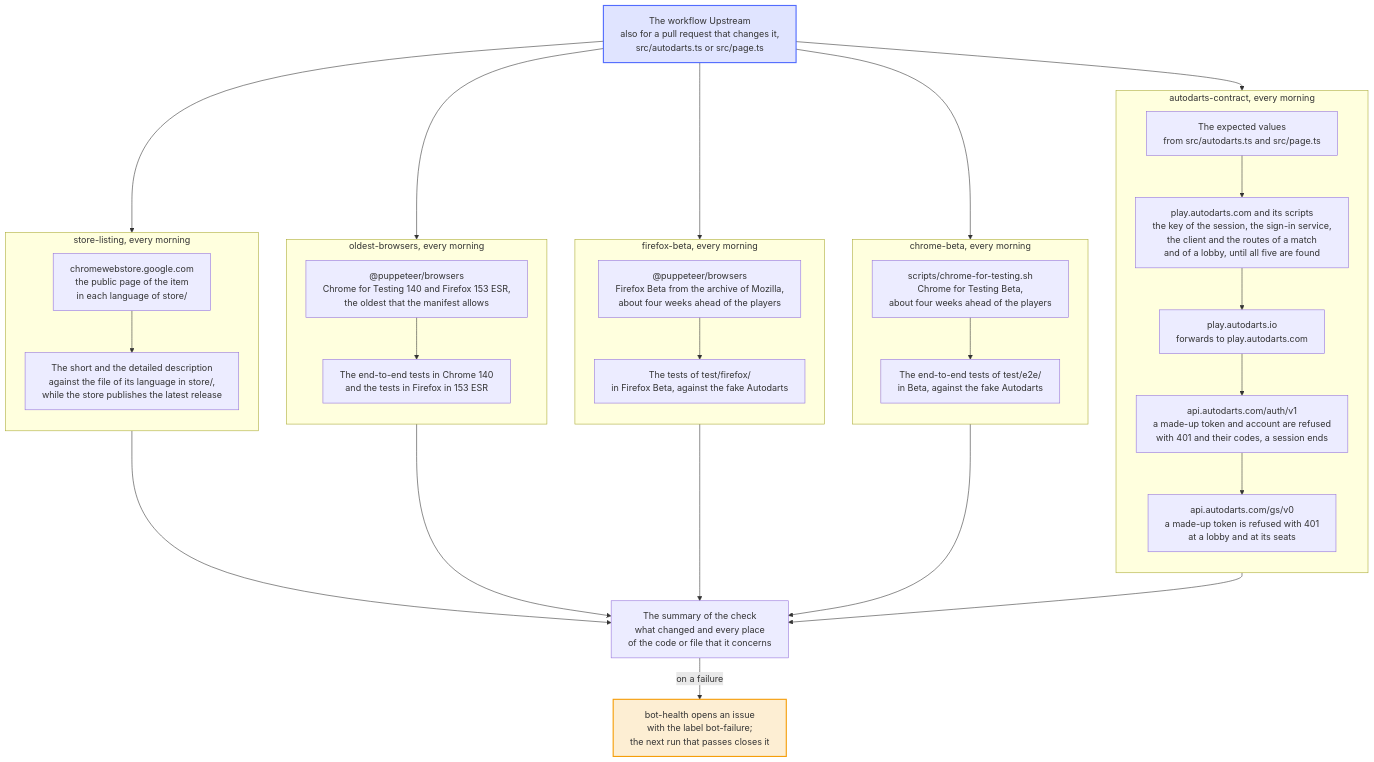
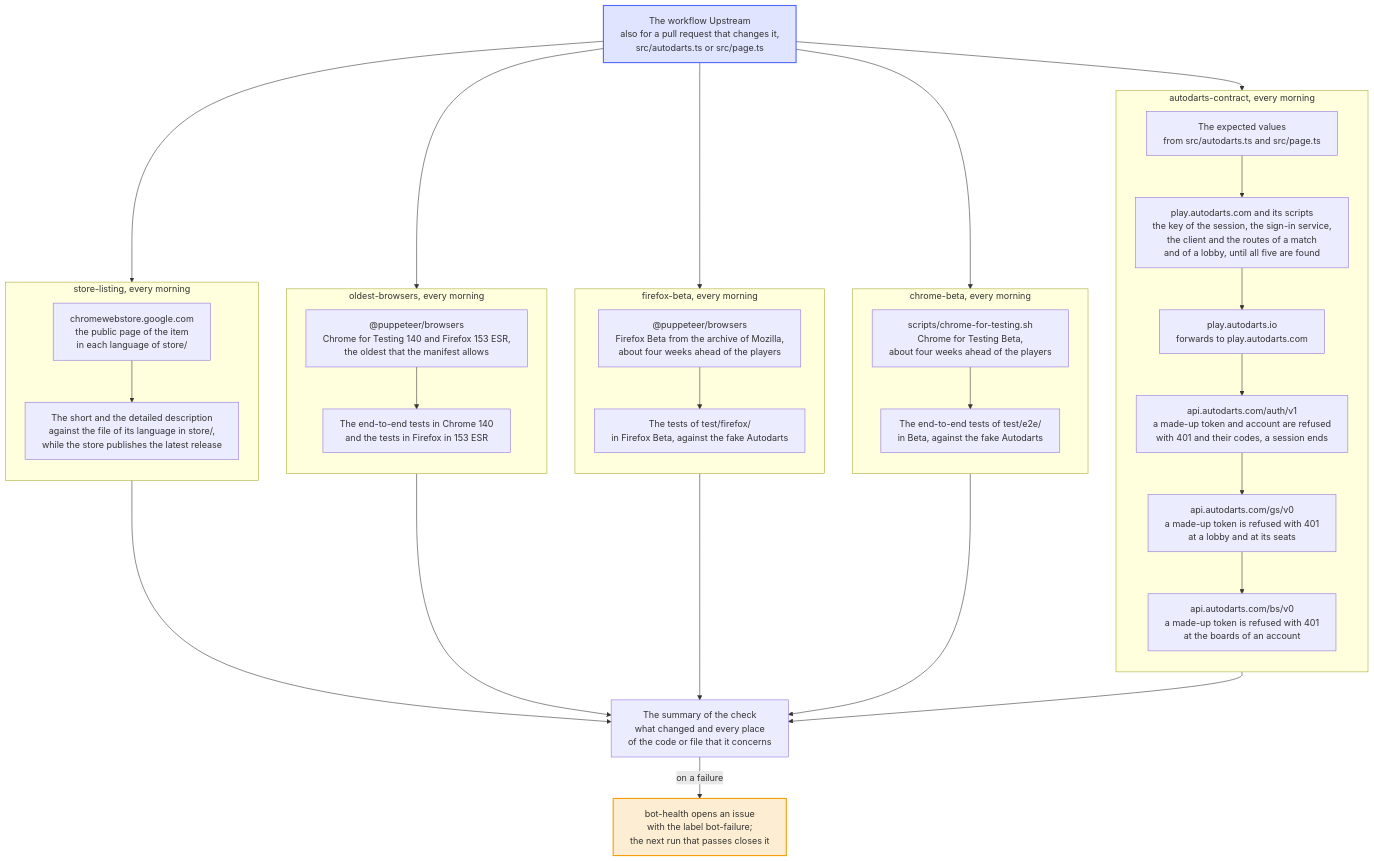
Before and after one commit to Dennis-Otto/player-switch-for-autodarts: the diagram in docs/diagrams/how-the-upstream-checks-work.mmd, drawn with Mermaid. The commit also changed 63 other files, not shown here.

First line of the commit message:
feat: a tile says No board shared where the owner's answer proves it (#279)

```diff
--- a/docs/diagrams/how-the-upstream-checks-work.mmd
+++ b/docs/diagrams/how-the-upstream-checks-work.mmd
@@ -1,72 +1,74 @@
 ---
 config:
   flowchart:
     wrappingWidth: 400
 ---
 flowchart TB
     accTitle: How the upstream checks work
-    accDescr: The workflow Upstream runs five checks of what the extension relies on but doesn't control, and of the browsers that it runs in. Every morning, autodarts-contract takes the expected values from src/autodarts.ts and src/page.ts and asks the real Autodarts with made-up data only, about a dozen requests: it looks for the key of the session, the sign-in service, the client and the scripts of the routes of a match and of a lobby in the code of play.autodarts.com, its page first and then script by script until it has found all five, follows the forward of play.autodarts.io, sends a made-up token, a made-up account and the end of a made-up session to the sign-in service, and a made-up token to a made-up lobby and its seats at the game service, through the functions of the extension. Every morning as well, chrome-beta downloads Chrome for Testing Beta, the next version of Chrome, and runs the end-to-end tests in it against the fake Autodarts. Every morning as well, firefox-beta downloads Firefox Beta, the next version of Firefox, from the archive of Mozilla and runs the tests of test/firefox/ in it. Every morning as well, oldest-browsers downloads Chrome for Testing 140 and Firefox 153 ESR, the oldest versions that the manifest allows, and runs the end-to-end tests and the tests in Firefox in them. Every morning as well, store-listing reads the public page of the Chrome Web Store in each language of store/ and compares its short and detailed description with the file. When one fails, its summary names what changed and where the code relies on it, and the bot-health bot opens an issue with the label bot-failure, which the next run that passes closes.
+    accDescr: The workflow Upstream runs five checks of what the extension relies on but doesn't control, and of the browsers that it runs in. Every morning, autodarts-contract takes the expected values from src/autodarts.ts and src/page.ts and asks the real Autodarts with made-up data only, about a dozen requests: it looks for the key of the session, the sign-in service, the client and the scripts of the routes of a match and of a lobby in the code of play.autodarts.com, its page first and then script by script until it has found all five, follows the forward of play.autodarts.io, sends a made-up token, a made-up account and the end of a made-up session to the sign-in service, a made-up token to a made-up lobby and its seats at the game service, and a made-up token to the board service, through the functions of the extension. Every morning as well, chrome-beta downloads Chrome for Testing Beta, the next version of Chrome, and runs the end-to-end tests in it against the fake Autodarts. Every morning as well, firefox-beta downloads Firefox Beta, the next version of Firefox, from the archive of Mozilla and runs the tests of test/firefox/ in it. Every morning as well, oldest-browsers downloads Chrome for Testing 140 and Firefox 153 ESR, the oldest versions that the manifest allows, and runs the end-to-end tests and the tests in Firefox in them. Every morning as well, store-listing reads the public page of the Chrome Web Store in each language of store/ and compares its short and detailed description with the file. When one fails, its summary names what changed and where the code relies on it, and the bot-health bot opens an issue with the label bot-failure, which the next run that passes closes.
 
     workflow["The workflow Upstream<br>also for a pull request that changes it,<br>src/autodarts.ts or src/page.ts"]
 
     subgraph daily ["autodarts-contract, every morning"]
         direction TB
         values["The expected values<br>from src/autodarts.ts and src/page.ts"]
         page["play.autodarts.com and its scripts<br>the key of the session, the sign-in service,<br>the client and the routes of a match<br>and of a lobby, until all five are found"]
         forward["play.autodarts.io<br>forwards to play.autodarts.com"]
         auth["api.autodarts.com/auth/v1<br>a made-up token and account are refused<br>with 401 and their codes, a session ends"]
         game["api.autodarts.com/gs/v0<br>a made-up token is refused with 401<br>at a lobby and at its seats"]
+        boards["api.autodarts.com/bs/v0<br>a made-up token is refused with 401<br>at the boards of an account"]
         values --> page
         page --> forward
         forward --> auth
         auth --> game
+        game --> boards
     end
 
     subgraph beta ["chrome-beta, every morning"]
         direction TB
         download["scripts/chrome-for-testing.sh<br>Chrome for Testing Beta,<br>about four weeks ahead of the players"]
         tests["The end-to-end tests of test/e2e/<br>in Beta, against the fake Autodarts"]
         download --> tests
     end
 
     subgraph firefoxbeta ["firefox-beta, every morning"]
         direction TB
         nextfirefox["@puppeteer/browsers<br>Firefox Beta from the archive of Mozilla,<br>about four weeks ahead of the players"]
         firefoxtests["The tests of test/firefox/<br>in Firefox Beta, against the fake Autodarts"]
         nextfirefox --> firefoxtests
     end
 
     subgraph oldest ["oldest-browsers, every morning"]
         direction TB
         oldbrowsers["@puppeteer/browsers<br>Chrome for Testing 140 and Firefox 153 ESR,<br>the oldest that the manifest allows"]
         oldtests["The end-to-end tests in Chrome 140<br>and the tests in Firefox in 153 ESR"]
         oldbrowsers --> oldtests
     end
 
     subgraph listing ["store-listing, every morning"]
         direction TB
         store["chromewebstore.google.com<br>the public page of the item<br>in each language of store/"]
         texts["The short and the detailed description<br>against the file of its language in store/,<br>while the store publishes the latest release"]
         store --> texts
     end
 
     workflow --> values
     workflow --> download
     workflow --> nextfirefox
     workflow --> oldbrowsers
     workflow --> store
 
     report["The summary of the check<br>what changed and every place<br>of the code or file that it concerns"]
-    game --> report
+    boards --> report
     tests --> report
     firefoxtests --> report
     oldtests --> report
     texts --> report
 
     issue["bot-health opens an issue<br>with the label bot-failure;<br>the next run that passes closes it"]
     report -->|on a failure| issue
 
     classDef bot fill:#526cfe2e,stroke:#526cfe,stroke-width:2px
     classDef person fill:#f59e0b2e,stroke:#f59e0b,stroke-width:2px
     class workflow bot
     class issue person
```
